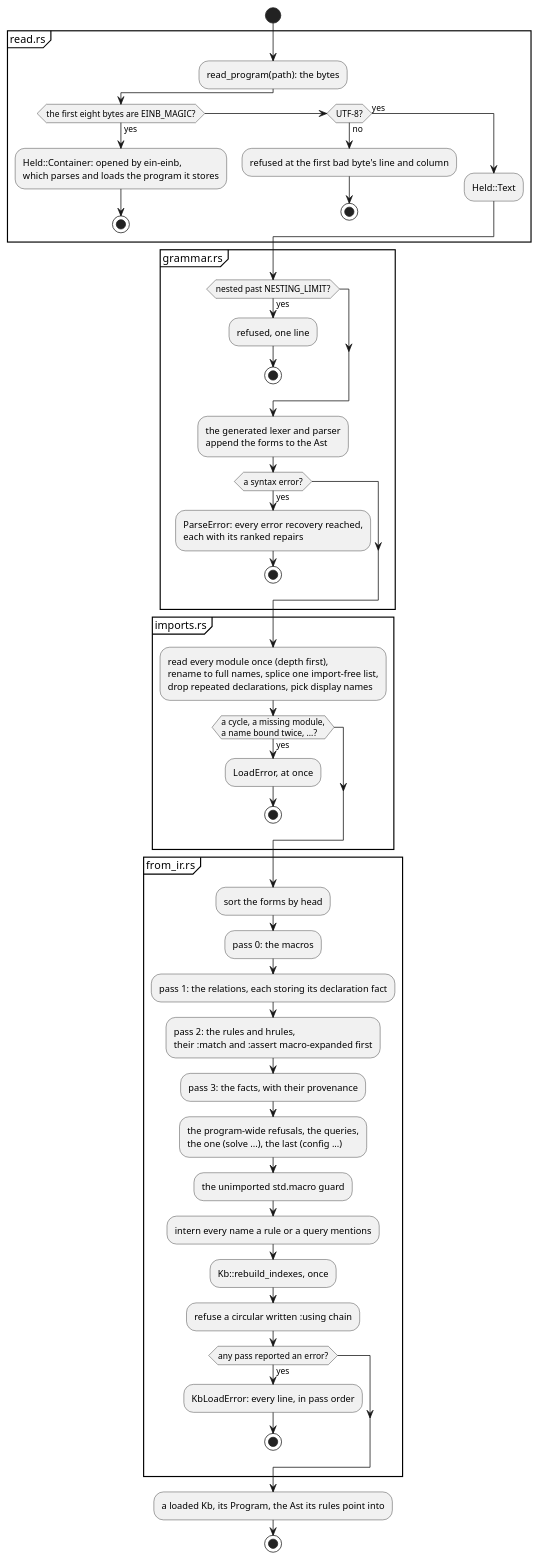
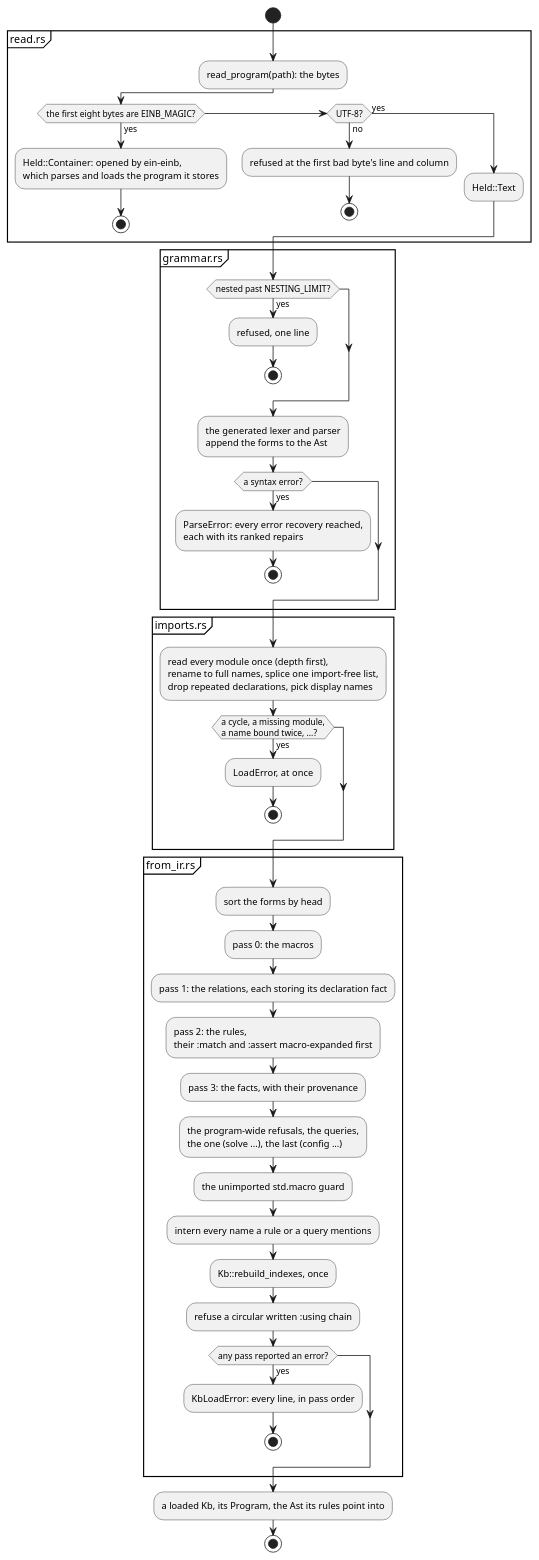
Before and after one commit to agutikov/ein: the diagram in docs/ein/ein.rs/03-design/diagrams/04-load-path.puml, drawn with PlantUML. The commit also changed 119 other files, not shown here.

```diff
--- a/docs/ein/ein.rs/03-design/diagrams/04-load-path.puml
+++ b/docs/ein/ein.rs/03-design/diagrams/04-load-path.puml
@@ -1,51 +1,51 @@
 @startuml
 start
 partition "read.rs" {
   :read_program(path): the bytes;
   if (the first eight bytes are EINB_MAGIC?) then (yes)
     :Held::Container: opened by ein-einb,\nwhich parses and loads the program it stores;
     stop
   elseif (UTF-8?) then (no)
     :refused at the first bad byte's line and column;
     stop
   else (yes)
     :Held::Text;
   endif
 }
 partition "grammar.rs" {
   if (nested past NESTING_LIMIT?) then (yes)
     :refused, one line;
     stop
   endif
   :the generated lexer and parser\nappend the forms to the Ast;
   if (a syntax error?) then (yes)
     :ParseError: every error recovery reached,\neach with its ranked repairs;
     stop
   endif
 }
 partition "imports.rs" {
   :read every module once (depth first),\nrename to full names, splice one import-free list,\ndrop repeated declarations, pick display names;
   if (a cycle, a missing module,\na name bound twice, ...?) then (yes)
     :LoadError, at once;
     stop
   endif
 }
 partition "from_ir.rs" {
   :sort the forms by head;
   :pass 0: the macros;
   :pass 1: the relations, each storing its declaration fact;
-  :pass 2: the rules and hrules,\ntheir :match and :assert macro-expanded first;
+  :pass 2: the rules,\ntheir :match and :assert macro-expanded first;
   :pass 3: the facts, with their provenance;
   :the program-wide refusals, the queries,\nthe one (solve ...), the last (config ...);
   :the unimported std.macro guard;
   :intern every name a rule or a query mentions;
   :Kb::rebuild_indexes, once;
   :refuse a circular written :using chain;
   if (any pass reported an error?) then (yes)
     :KbLoadError: every line, in pass order;
     stop
   endif
 }
 :a loaded Kb, its Program, the Ast its rules point into;
 stop
 @enduml
```
